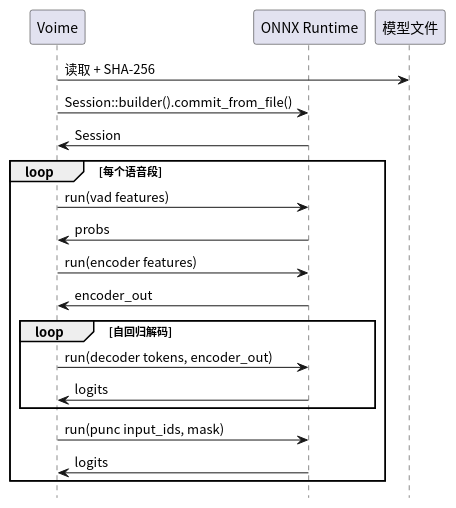
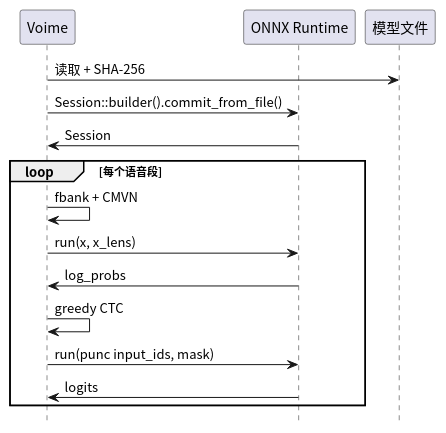
The diagram in diagram/prov-inference.puml (54m43lJ/voime), drawn with PlantUML before and after one commit. The commit also changed 24 other files, not shown here.

```diff
--- a/diagram/prov-inference.puml
+++ b/diagram/prov-inference.puml
@@ -1,25 +1,21 @@
 @startuml
 skinparam defaultFontName "Noto Sans CJK SC"
 skinparam shadowing false
 hide footbox
 
 participant "Voime" as App
 participant "ONNX Runtime" as Ort
 participant "模型文件" as Model
 
 App -> Model : 读取 + SHA-256
 App -> Ort : Session::builder().commit_from_file()
 Ort -> App : Session
 loop 每个语音段
-  App -> Ort : run(vad features)
-  Ort -> App : probs
-  App -> Ort : run(encoder features)
-  Ort -> App : encoder_out
-  loop 自回归解码
-    App -> Ort : run(decoder tokens, encoder_out)
-    Ort -> App : logits
-  end
+  App -> App : fbank + CMVN
+  App -> Ort : run(x, x_lens)
+  Ort -> App : log_probs
+  App -> App : greedy CTC
   App -> Ort : run(punc input_ids, mask)
   Ort -> App : logits
 end
 @enduml
```
